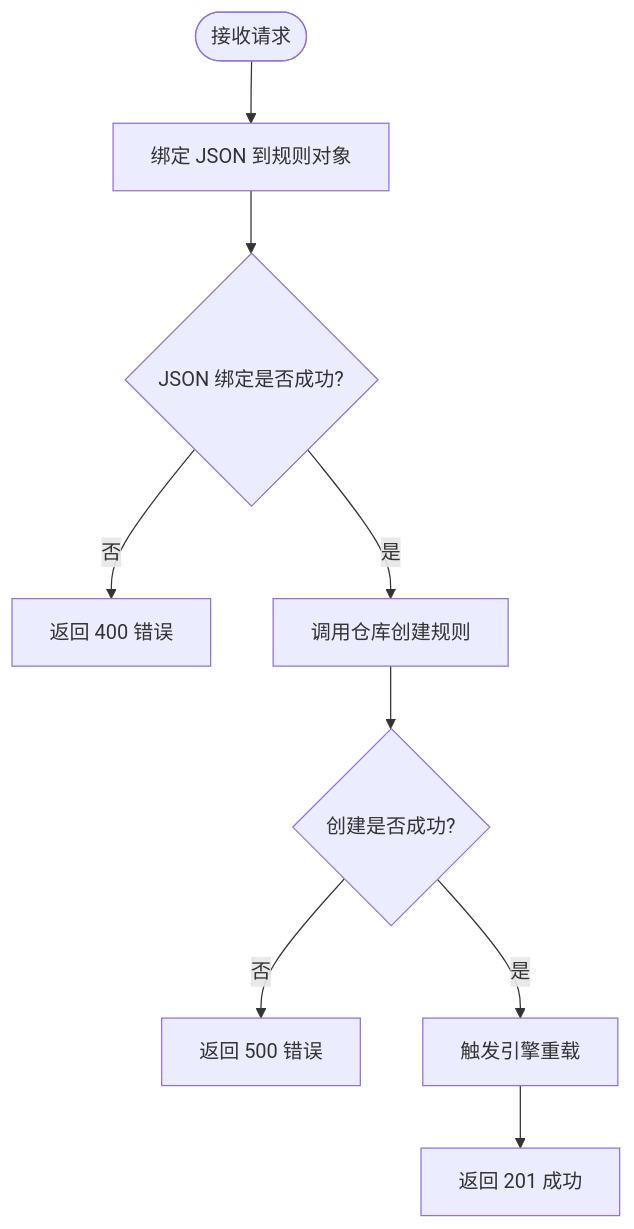
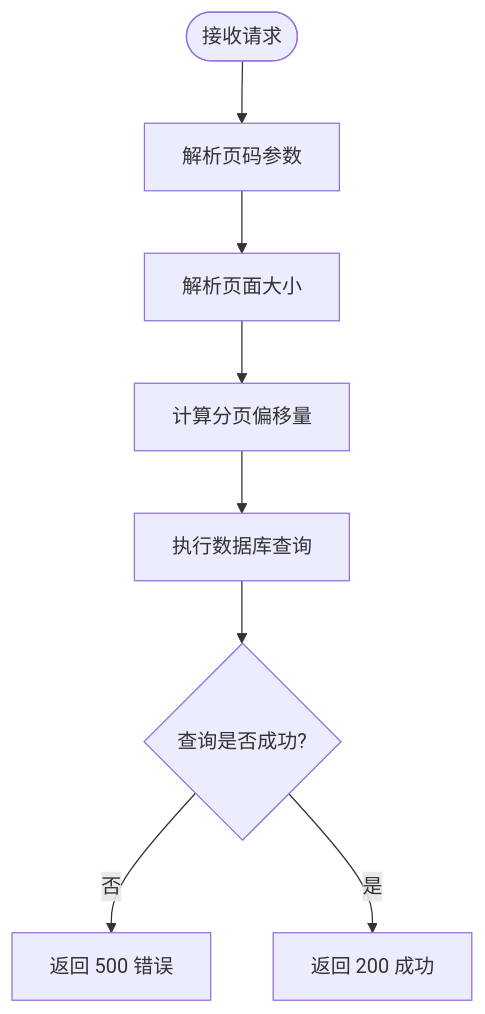
One commit to x01n/My-OpenWaf changed the fourth of 10 diagrams in docs/管理 API 系统/规则管理 API/规则 CRUD 操作.md. Above: the diagram before and after it, drawn with Mermaid. The commit also changed other lines of this file and 199 other files, not shown here.

````diff
--- a/docs/管理 API 系统/规则管理 API/规则 CRUD 操作.md
+++ b/docs/管理 API 系统/规则管理 API/规则 CRUD 操作.md
@@ -236,11 +186,10 @@
 ```mermaid
 flowchart TD
-Start([接收请求]) --> BindJSON["绑定 JSON 到规则对象"]
-BindJSON --> ValidateJSON{"JSON 绑定是否成功?"}
-ValidateJSON --> |否| Return400["返回 400 错误"]
-ValidateJSON --> |是| CreateRule["调用仓库创建规则"]
-CreateRule --> CreateSuccess{"创建是否成功?"}
-CreateSuccess --> |否| Return500["返回 500 错误"]
-CreateSuccess --> |是| ReloadEngine["触发引擎重载"]
-ReloadEngine --> Return201["返回 201 成功"]
+Start([接收请求]) --> ParsePage["解析页码参数"]
+ParsePage --> ParseSize["解析页面大小"]
+ParseSize --> Paginate["计算分页偏移量"]
+Paginate --> QueryDB["执行数据库查询"]
+QueryDB --> QuerySuccess{"查询是否成功?"}
+QuerySuccess --> |否| Return500["返回 500 错误"]
+QuerySuccess --> |是| Return200["返回 200 成功"]
 ```
````
